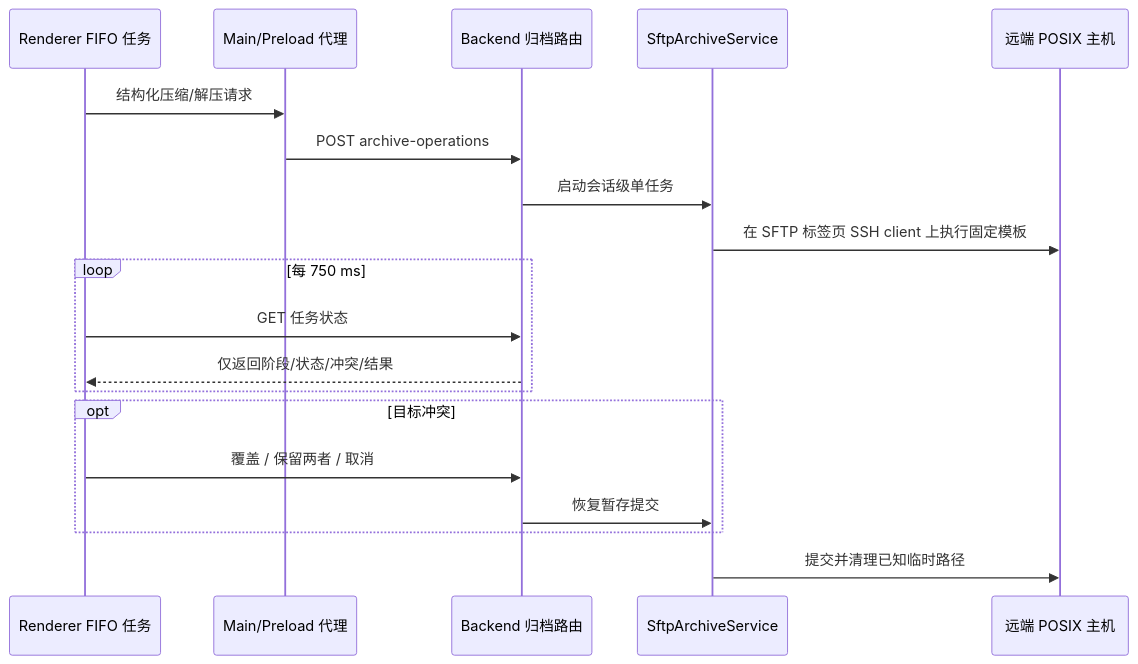
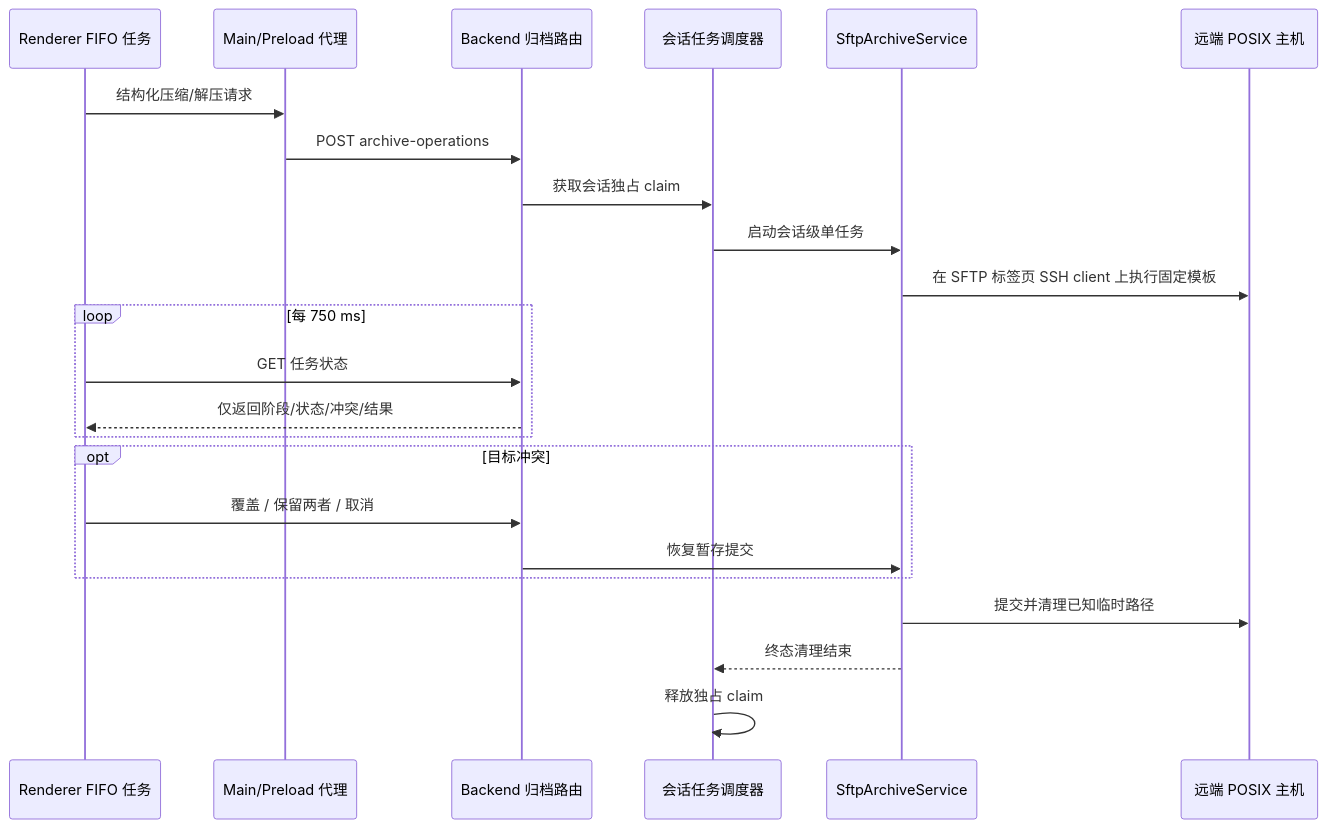
One commit to XYZ1024-alt/Cosmosh changed the ninth of 14 diagrams in docs/zh-CN/developer/core/architecture.md. Above: the diagram before and after it, drawn with Mermaid. The commit also changed other lines of this file and 19 other files, not shown here.

````diff
--- a/docs/zh-CN/developer/core/architecture.md
+++ b/docs/zh-CN/developer/core/architecture.md
@@ -323,22 +353,26 @@
 ```mermaid
 sequenceDiagram
   participant UI as Renderer FIFO 任务
   participant MP as Main/Preload 代理
   participant API as Backend 归档路由
+  participant SCH as 会话任务调度器
   participant AS as SftpArchiveService
   participant RH as 远端 POSIX 主机
 
   UI->>MP: 结构化压缩/解压请求
   MP->>API: POST archive-operations
-  API->>AS: 启动会话级单任务
+  API->>SCH: 获取会话独占 claim
+  SCH->>AS: 启动会话级单任务
   AS->>RH: 在 SFTP 标签页 SSH client 上执行固定模板
   loop 每 750 ms
     UI->>API: GET 任务状态
     API-->>UI: 仅返回阶段/状态/冲突/结果
   end
   opt 目标冲突
     UI->>API: 覆盖 / 保留两者 / 取消
     API->>AS: 恢复暂存提交
   end
   AS->>RH: 提交并清理已知临时路径
+  AS-->>SCH: 终态清理结束
+  SCH->>SCH: 释放独占 claim
 ```
````
